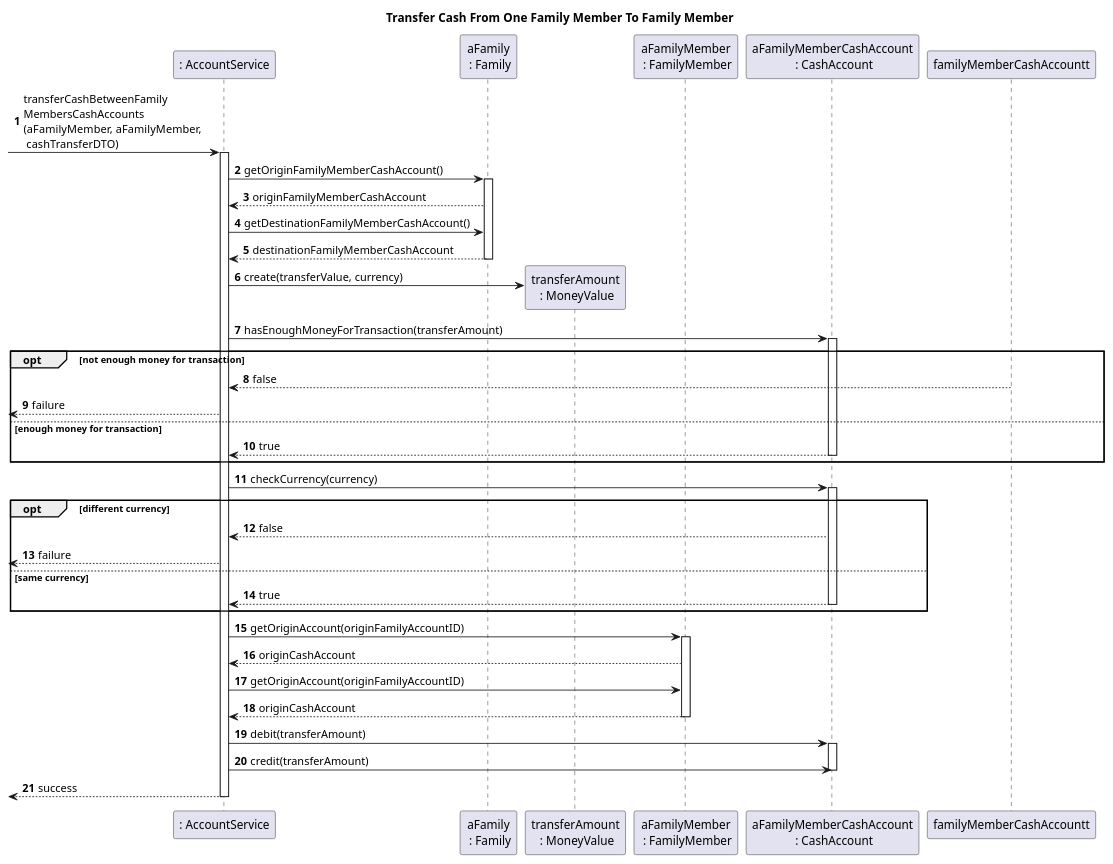
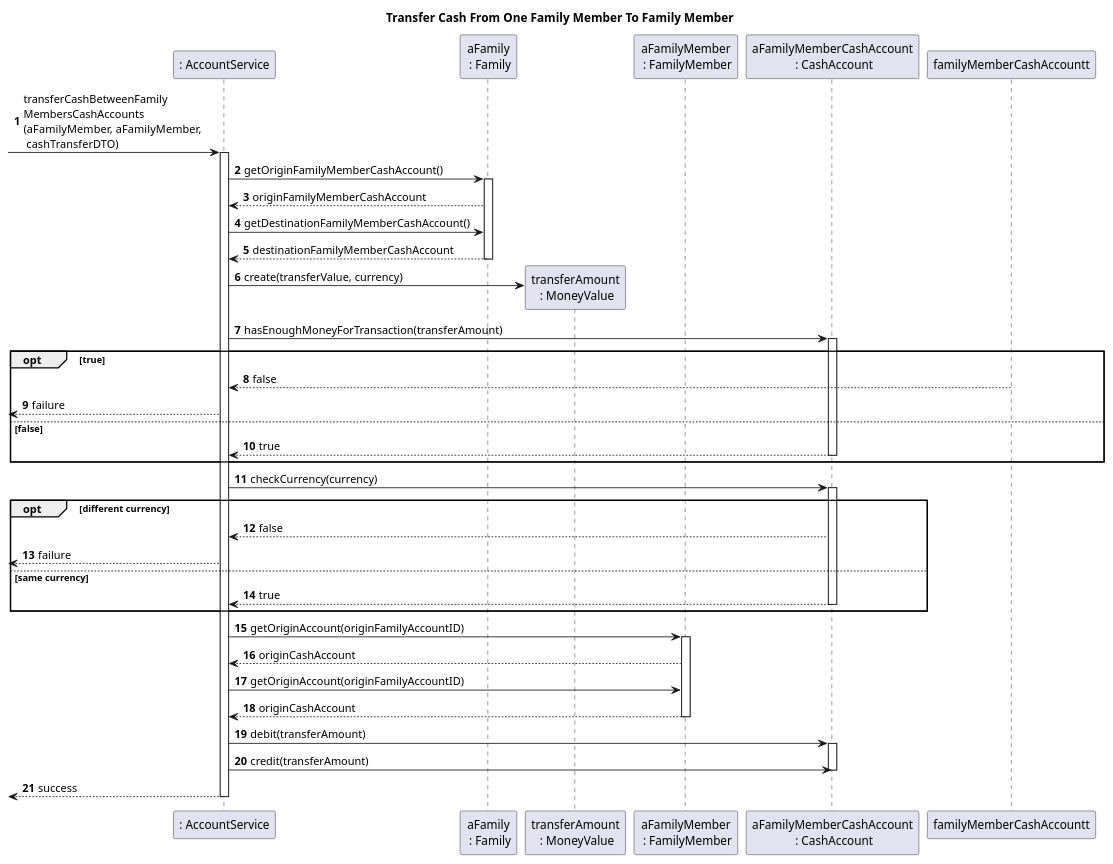
Before and after one commit to tomas-osswald/switch_2020_g3: the fourth of 6 diagrams in docs/sprint2/user_stories/US180_TransferMoneyFamilyMemberToFamilyMember.md, drawn with PlantUML. The commit also changed other lines of this file and 2 other files, not shown here.

Commit message:
update diagrams

`````diff
--- a/docs/sprint2/user_stories/US180_TransferMoneyFamilyMemberToFamilyMember.md
+++ b/docs/sprint2/user_stories/US180_TransferMoneyFamilyMemberToFamilyMember.md
@@ -241,62 +240,62 @@
 ````puml
 title Transfer Cash From One Family Member To Family Member
 autonumber
 
 Participant ": AccountService" as AccountService
 Participant "aFamily\n : Family" as Family
 Participant "transferAmount\n : MoneyValue" as transferMoneyValue
 Participant "aFamilyMember\n : FamilyMember" as FamilyMember
 Participant "aFamilyMemberCashAccount\n : CashAccount" as familyMemberCashAccount
 
 -> AccountService : transferCashBetweenFamily\nMembersCashAccounts\n(aFamilyMember, aFamilyMember, \n cashTransferDTO)
 activate AccountService
 
 AccountService -> Family : getOriginFamilyMemberCashAccount()
 activate Family
 Family --> AccountService : originFamilyMemberCashAccount
 AccountService -> Family : getDestinationFamilyMemberCashAccount()
 Family --> AccountService : destinationFamilyMemberCashAccount
 deactivate Family
 
 AccountService -> transferMoneyValue ** : create(transferValue, currency)
 
 AccountService -> familyMemberCashAccount : hasEnoughMoneyForTransaction(transferAmount)
 activate familyMemberCashAccount
 
-opt not enough money for transaction
+opt true
 familyMemberCashAccountt --> AccountService : false
 <-- AccountService : failure
 
-else enough money for transaction
+else false
 familyMemberCashAccount --> AccountService : true
 deactivate familyMemberCashAccount
 end
 
 AccountService -> familyMemberCashAccount : checkCurrency(currency)
 activate familyMemberCashAccount
 
 opt different currency
 familyMemberCashAccount --> AccountService : false
 <-- AccountService : failure
 
 else same currency
 familyMemberCashAccount --> AccountService : true
 deactivate familyMemberCashAccount
 end opt
 
 AccountService -> FamilyMember : getOriginAccount(originFamilyAccountID)
 activate FamilyMember
 FamilyMember --> AccountService : originCashAccount
 AccountService -> FamilyMember : getOriginAccount(originFamilyAccountID)
 FamilyMember --> AccountService : originCashAccount
 deactivate FamilyMember
 
 
 AccountService -> familyMemberCashAccount : debit(transferAmount)
 activate familyMemberCashAccount
 AccountService -> familyMemberCashAccount : credit(transferAmount)
 deactivate familyMemberCashAccount
 <-- AccountService : success
 deactivate AccountService
 
 ````
`````
